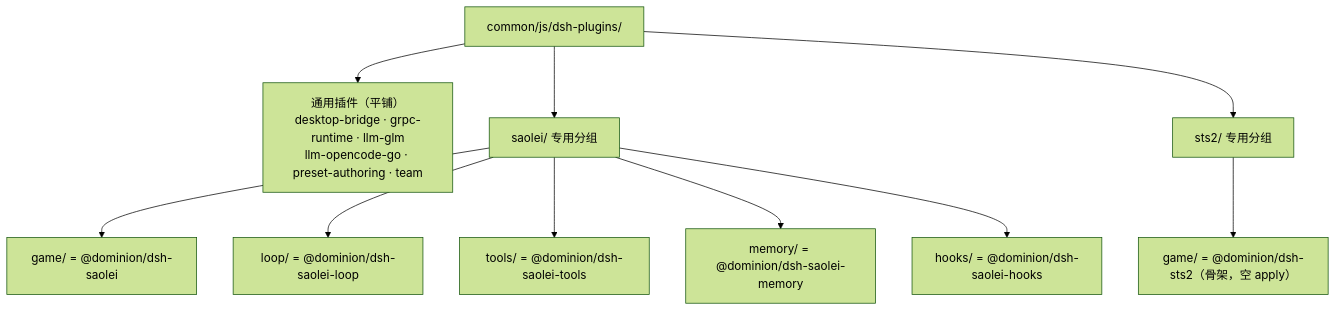
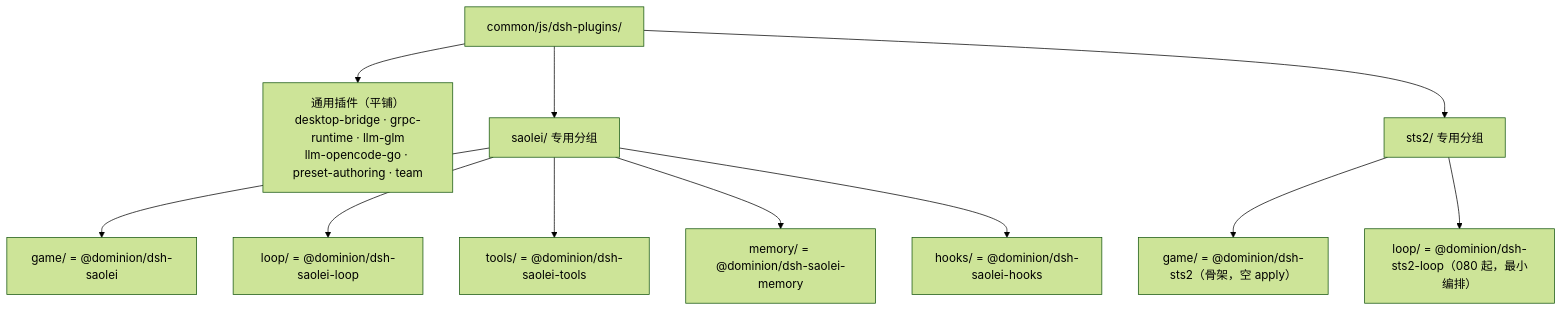
The diagram in specs/079-sts2-template-scaffold/data-model.md (LiuKexin255/dominion), drawn with Mermaid (forest theme) before and after one commit. The commit also changed other lines of this file and 76 other files, not shown here.

````diff
--- a/specs/079-sts2-template-scaffold/data-model.md
+++ b/specs/079-sts2-template-scaffold/data-model.md
@@ -53,13 +58,14 @@
 ```mermaid
 flowchart TB
     DP["common/js/dsh-plugins/"]
     DP --> GEN["通用插件（平铺）<br/>desktop-bridge · grpc-runtime · llm-glm<br/>llm-opencode-go · preset-authoring · team"]
     DP --> SAO["saolei/ 专用分组"]
     DP --> STS["sts2/ 专用分组"]
     SAO --> SG["game/ = @dominion/dsh-saolei"]
     SAO --> SL["loop/ = @dominion/dsh-saolei-loop"]
     SAO --> ST["tools/ = @dominion/dsh-saolei-tools"]
     SAO --> SM["memory/ = @dominion/dsh-saolei-memory"]
     SAO --> SH["hooks/ = @dominion/dsh-saolei-hooks"]
     STS --> TS["game/ = @dominion/dsh-sts2（骨架，空 apply）"]
+    STS --> TL["loop/ = @dominion/dsh-sts2-loop（080 起，最小编排）"]
 ```
````
